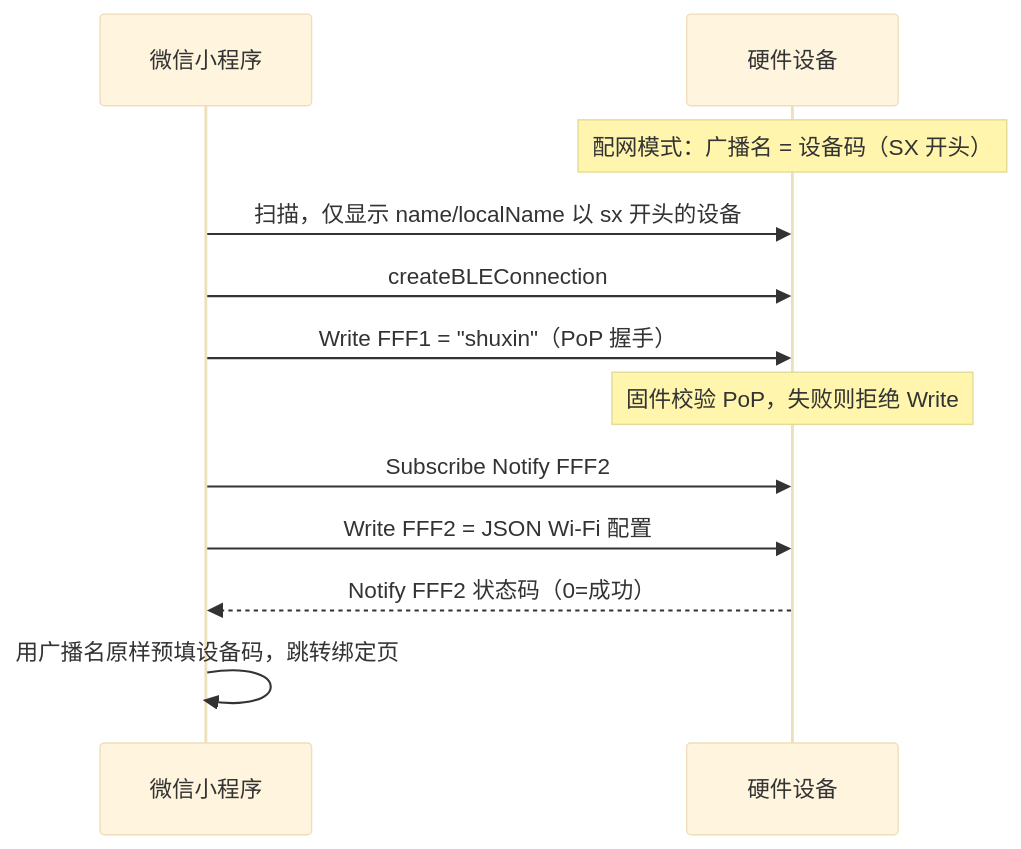
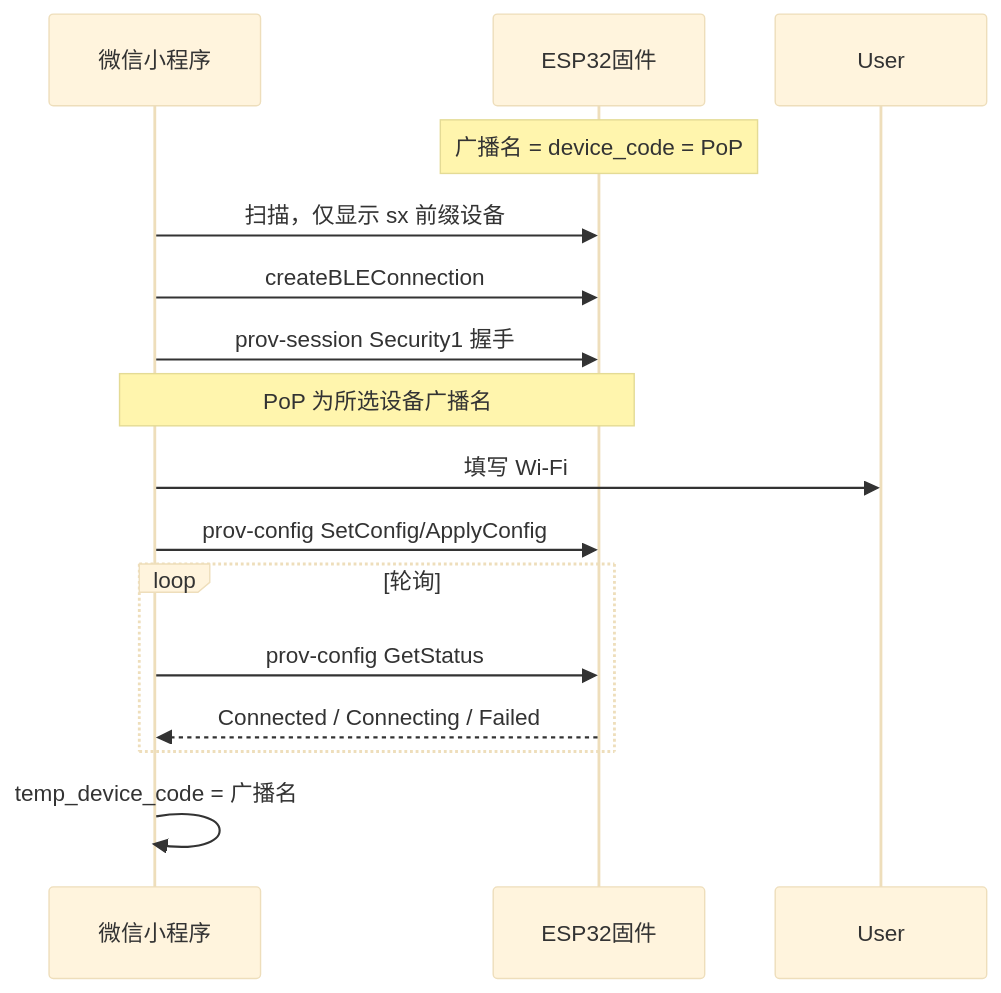
Before and after one commit to pureheartrobotics/shuxin: the diagram in docs/WECHAT_BLE_PROVISIONING_HANDOFF.md, drawn with Mermaid (base theme). The commit also changed other lines of this file and 18 other files, not shown here.

````diff
--- a/docs/WECHAT_BLE_PROVISIONING_HANDOFF.md
+++ b/docs/WECHAT_BLE_PROVISIONING_HANDOFF.md
@@ -16,15 +32,18 @@
 ```mermaid
 sequenceDiagram
   participant App as 微信小程序
-  participant Dev as 硬件设备
+  participant Dev as ESP32固件
 
-  Note over Dev: 配网模式：广播名 = 设备码（SX 开头）
-  App->>Dev: 扫描，仅显示 name/localName 以 sx 开头的设备
+  Note over Dev: 广播名 = device_code = PoP
+  App->>Dev: 扫描，仅显示 sx 前缀设备
   App->>Dev: createBLEConnection
-  App->>Dev: Write FFF1 = "shuxin"（PoP 握手）
-  Note over Dev: 固件校验 PoP，失败则拒绝 Write
-  App->>Dev: Subscribe Notify FFF2
-  App->>Dev: Write FFF2 = JSON Wi-Fi 配置
-  Dev-->>App: Notify FFF2 状态码（0=成功）
-  App->>App: 用广播名原样预填设备码，跳转绑定页
+  App->>Dev: prov-session Security1 握手
+  Note over App,Dev: PoP 为所选设备广播名
+  App->>User: 填写 Wi-Fi
+  App->>Dev: prov-config SetConfig/ApplyConfig
+  loop 轮询
+    App->>Dev: prov-config GetStatus
+    Dev-->>App: Connected / Connecting / Failed
+  end
+  App->>App: temp_device_code = 广播名
 ```
````
